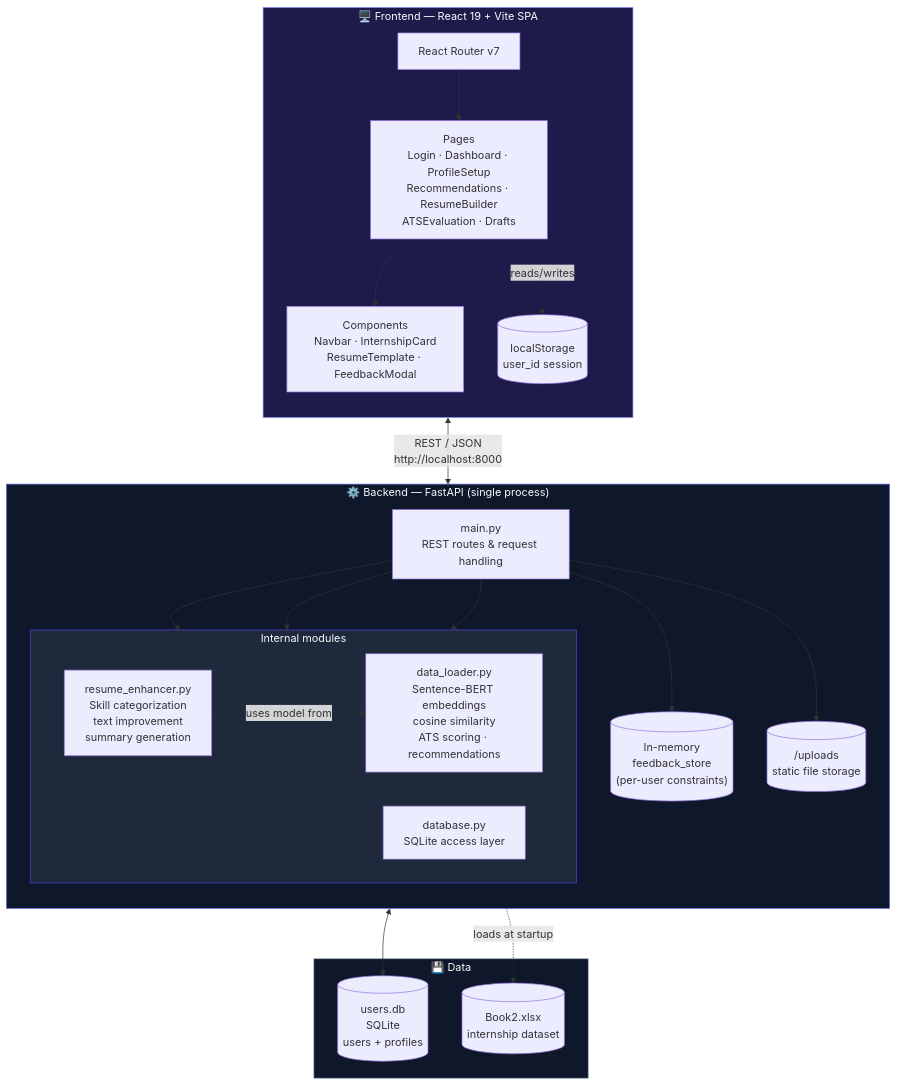
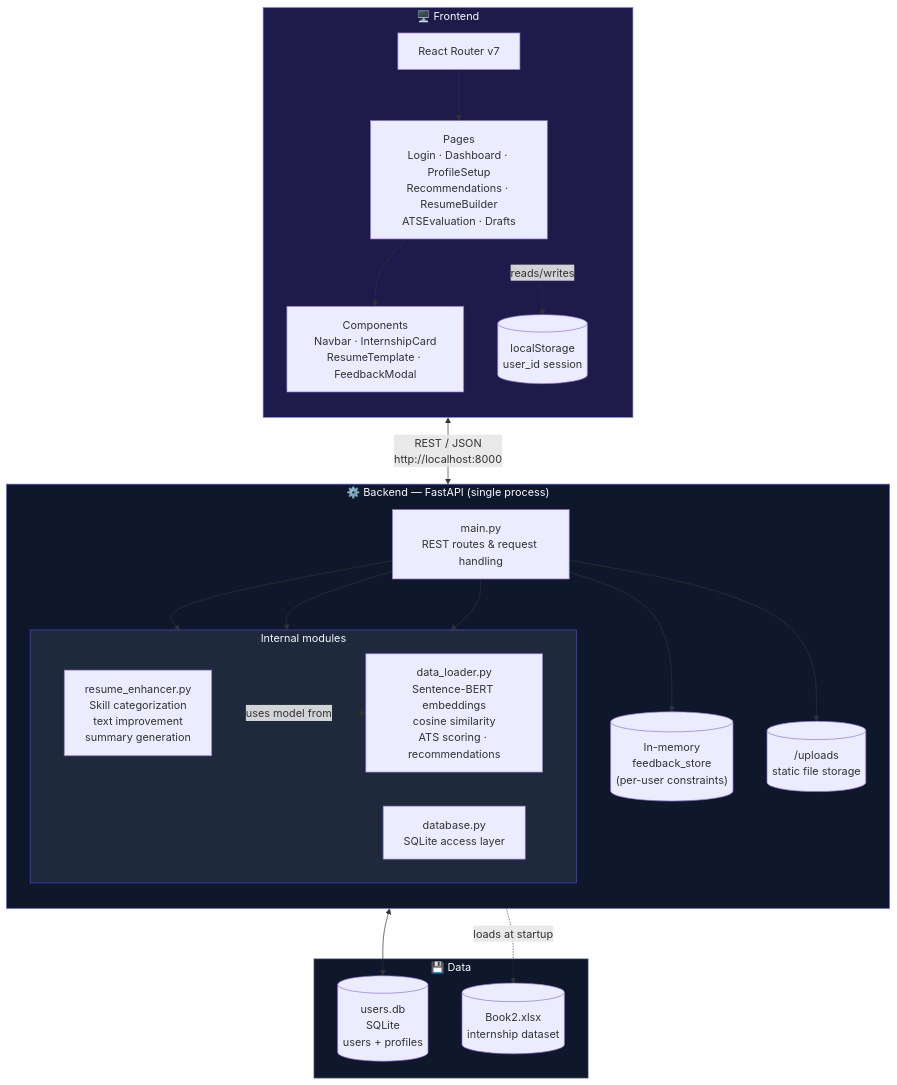
The diagram in README.md (shritaetta/CareerLens), drawn with Mermaid before and after one commit.

Commit message:
Revise frontend section in README
Updated frontend description in README.md.

````diff
--- a/README.md
+++ b/README.md
@@ -50,49 +50,49 @@
 ```mermaid
 graph TB
-    subgraph Client["🖥️ Frontend — React 19 + Vite SPA"]
+    subgraph Client["🖥️ Frontend"]
         direction TB
         Router["React Router v7"]
         Pages["Pages<br/>Login · Dashboard · ProfileSetup<br/>Recommendations · ResumeBuilder<br/>ATSEvaluation · Drafts"]
         Components["Components<br/>Navbar · InternshipCard<br/>ResumeTemplate · FeedbackModal"]
         LocalStorage[("localStorage<br/>user_id session")]
         Router --> Pages
         Pages --> Components
         Pages -. reads/writes .-> LocalStorage
     end
 
     subgraph Server["⚙️ Backend — FastAPI (single process)"]
         direction TB
         Main["main.py<br/>REST routes & request handling"]
 
         subgraph Modules["Internal modules"]
             direction LR
             DataLoader["data_loader.py<br/>Sentence-BERT embeddings<br/>cosine similarity<br/>ATS scoring · recommendations"]
             Enhancer["resume_enhancer.py<br/>Skill categorization<br/>text improvement<br/>summary generation"]
             DB["database.py<br/>SQLite access layer"]
         end
 
         FeedbackStore[("In-memory<br/>feedback_store<br/>(per-user constraints)")]
         Uploads[("/uploads<br/>static file storage")]
 
         Main --> DataLoader
         Main --> Enhancer
         Main --> DB
         Main --> FeedbackStore
         Main --> Uploads
         Enhancer -. uses model from .-> DataLoader
     end
 
     subgraph Persistence["💾 Data"]
         SQLite[("users.db<br/>SQLite<br/>users + profiles")]
         Dataset[("Book2.xlsx<br/>internship dataset")]
     end
 
     Client <-->|"REST / JSON<br/>http://localhost:8000"| Main
     DB <--> SQLite
     DataLoader -. loads at startup .-> Dataset
 
     style Client fill:#1e1b4b,stroke:#818cf8,color:#f8fafc
     style Server fill:#0f172a,stroke:#6366f1,color:#f8fafc
     style Modules fill:#1e293b,stroke:#4f46e5,color:#f8fafc
     style Persistence fill:#0f172a,stroke:#94a3b8,color:#f8fafc
 ```
````
